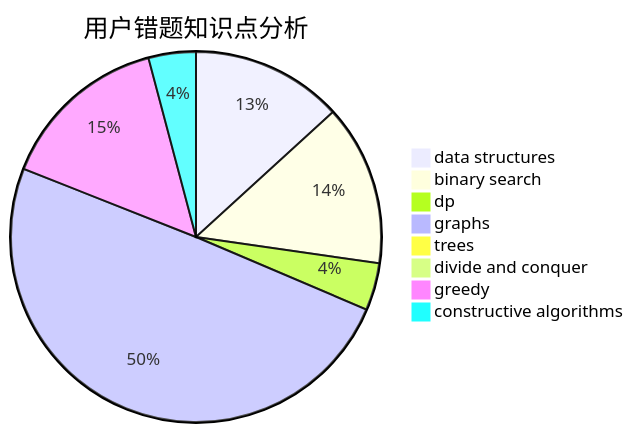
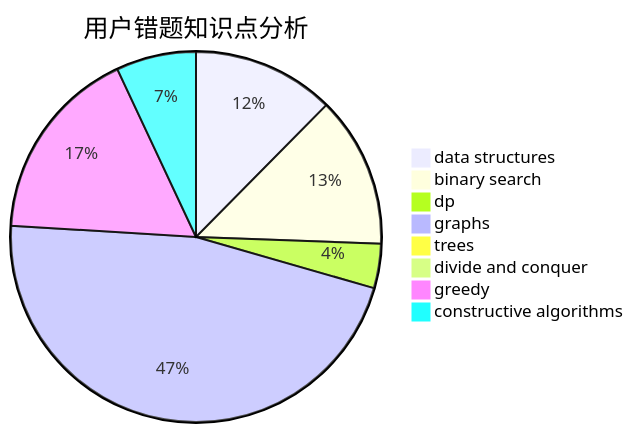
One commit to sherpahu/cfrs.github.io changed the third of 3 diagrams in docs/user/u2175.md. Above: the diagram before and after it, drawn with Mermaid. The commit also changed other lines of this file and 2770 other files, not shown here.

````diff
--- a/docs/user/u2175.md
+++ b/docs/user/u2175.md
@@ -36,11 +36,11 @@
 ```mermaid
 pie title 用户错题知识点分析
     "data structures" :  16
     "binary search" :  17
     "dp" :  5
     "graphs" :  60
     "trees" :  0
     "divide and conquer" :  0
-    "greedy" :  18
-    "constructive algorithms" :  5
+    "greedy" :  22
+    "constructive algorithms" :  9
 ```
````
